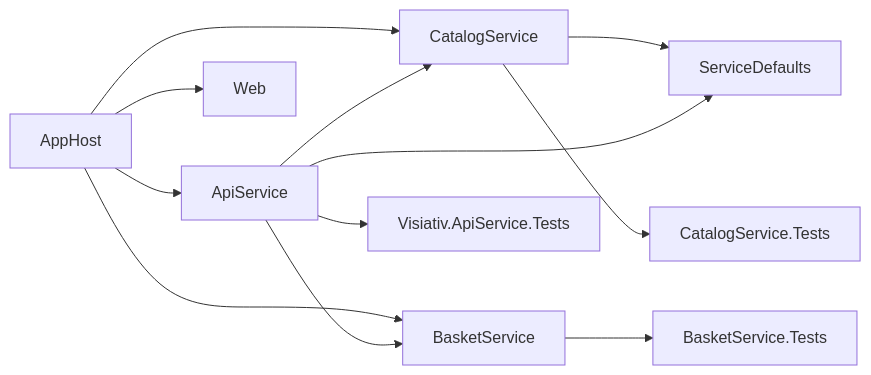
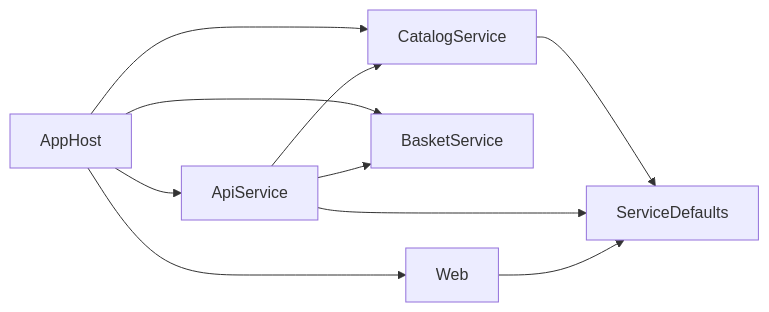
One commit to GreYak/Visiativ changed the second of 6 diagrams in docs/architecture.md. Above: the diagram before and after it, drawn with Mermaid. The commit also changed other lines of this file and 6 other files, not shown here.

````diff
--- a/docs/architecture.md
+++ b/docs/architecture.md
@@ -66,17 +62,14 @@
 ```mermaid
 graph LR
     AppHost --> CatalogService
     AppHost --> BasketService
     AppHost --> ApiService
     AppHost --> Web
 
     ApiService --> CatalogService
     ApiService --> BasketService
 
     CatalogService --> ServiceDefaults
     ApiService --> ServiceDefaults
-
-    CatalogService --> CatalogTests[CatalogService.Tests]
-    ApiService --> ApiTests[Visiativ.ApiService.Tests]
-    BasketService --> BasketTests[BasketService.Tests]
+    Web --> ServiceDefaults
 ```
````
